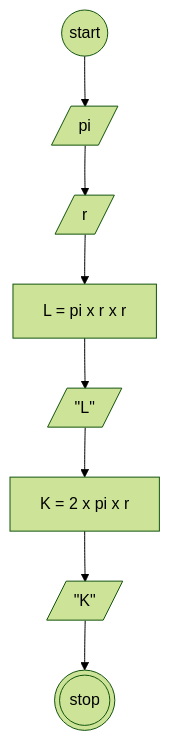
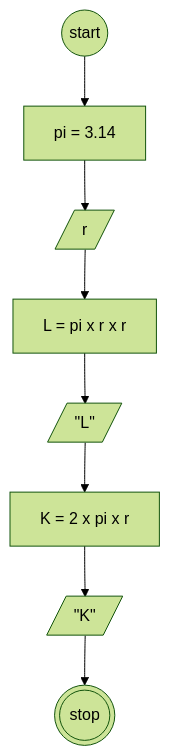
Before and after one commit to bildanjhry/Koda-b8-Algoritma: the diagram in luas-dan-keliling.md, drawn with Mermaid (forest theme).

````diff
--- a/luas-dan-keliling.md
+++ b/luas-dan-keliling.md
@@ -19,15 +19,15 @@
 ```mermaid
 flowchart TD
 
 start@{shape: circle, label: "start"}
-pi@{shape: lean-r, label: "pi"}
+pi@{shape: rect, label: "pi = 3.14"}
 r@{shape: lean-r, label: "r"}
 luas@{shape: rect, label: "L = pi x r x r"}
 keliling@{shape: rect, label: "K = 2 x pi x r"}
 l@{shape: lean-r, label: '"L"'}
 k@{shape: lean-r, label: '"K"'}
 finnish@{shape: double-circle, label: "stop"}
 
 start-->pi-->r-->luas-->l-->keliling-->k-->finnish
 
 ```
````
